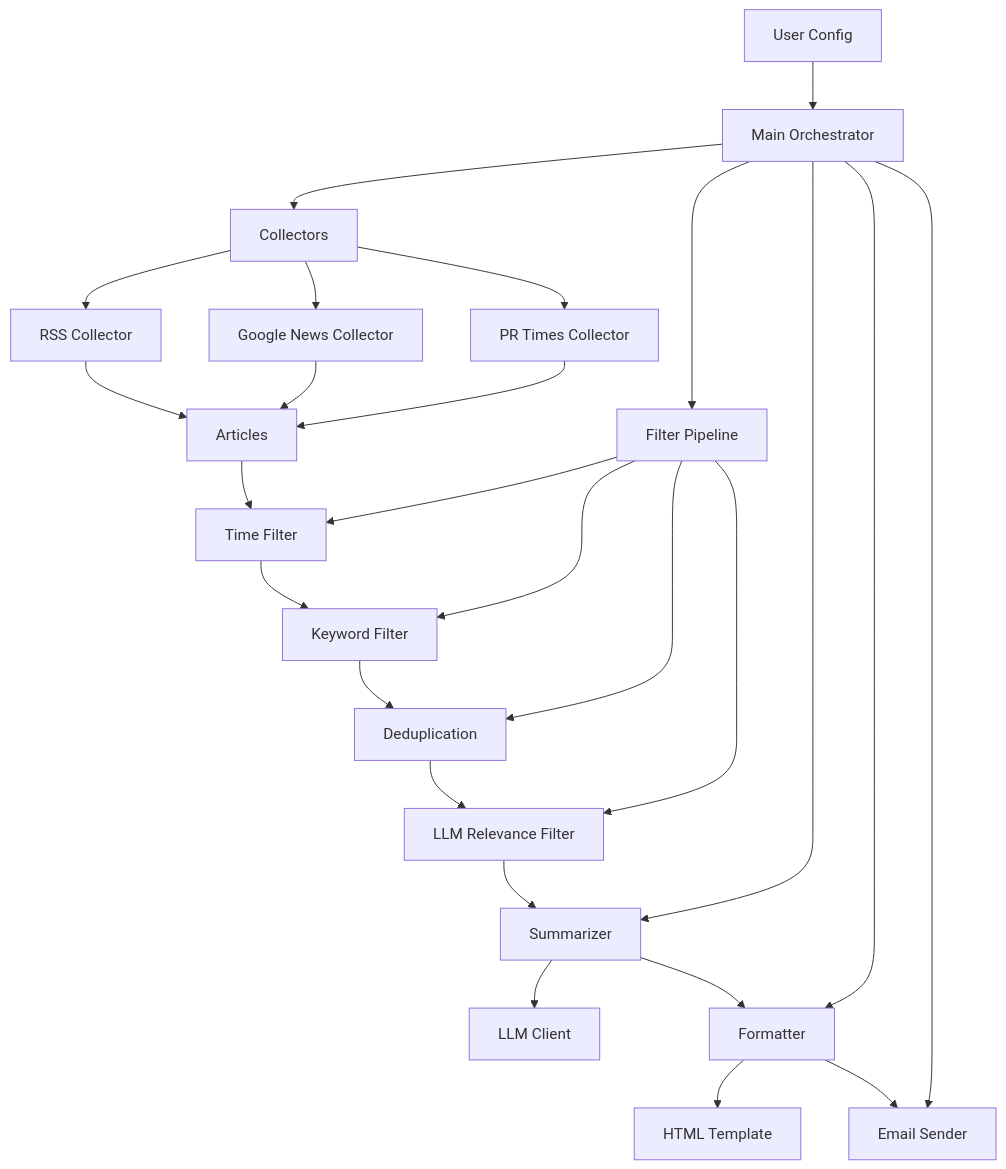
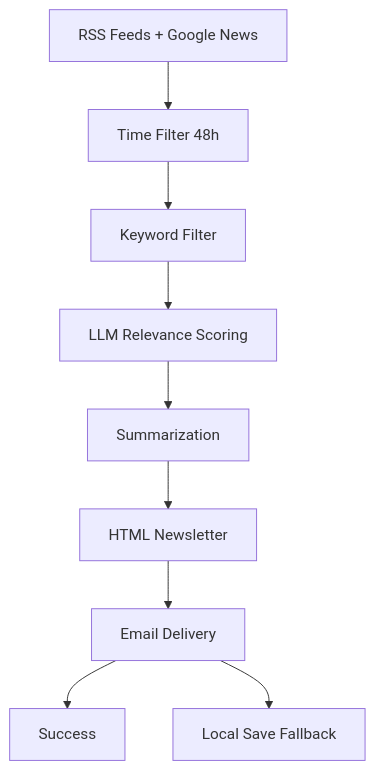
One commit to jevwithwind/daily_brief changed the diagram in README.md. Above: the diagram before and after it, drawn with Mermaid. The commit also changed other lines of this file and 2 other files, not shown here.

````diff
--- a/README.md
+++ b/README.md
@@ -69,34 +9,11 @@
 ```mermaid
 graph TD
-    A[User Config] --> B[Main Orchestrator]
-    B --> C[Collectors]
-    C --> D[RSS Collector]
-    C --> E[Google News Collector]
-    C --> F[PR Times Collector]
-    
-    B --> G[Filter Pipeline]
-    G --> H[Time Filter]
-    G --> I[Keyword Filter]
-    G --> J[Deduplication]
-    G --> K[LLM Relevance Filter]
-    
-    B --> L[Summarizer]
-    L --> M[LLM Client]
-    
-    B --> N[Formatter]
-    N --> O[HTML Template]
-    
-    B --> P[Email Sender]
-    
-    D --> Q[Articles]
-    E --> Q
-    F --> Q
-    
-    Q --> H
-    H --> I
-    I --> J
-    J --> K
-    K --> L
-    L --> N
-    N --> P
+    A[RSS Feeds + Google News] --> B[Time Filter 48h]
+    B --> C[Keyword Filter]
+    C --> D[LLM Relevance Scoring]
+    D --> E[Summarization]
+    E --> F[HTML Newsletter]
+    F --> G[Email Delivery]
+    G --> H[Success]
+    G --> I[Local Save Fallback]
 ```
````
